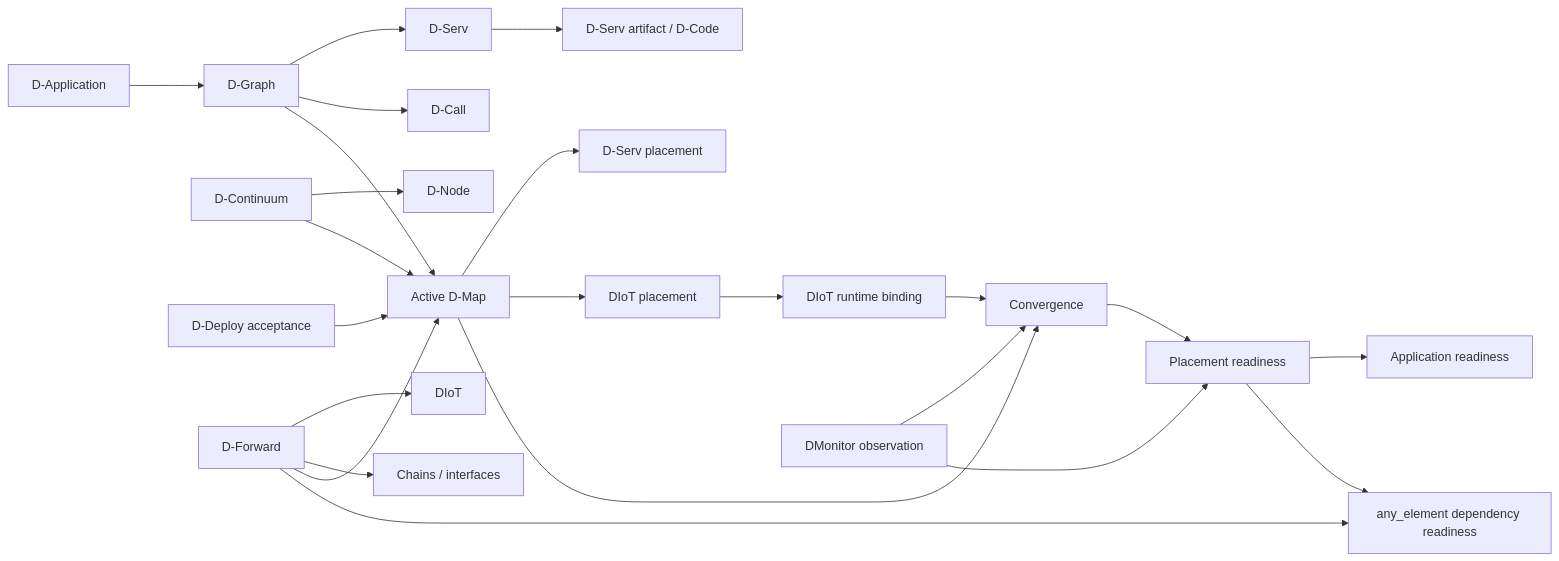
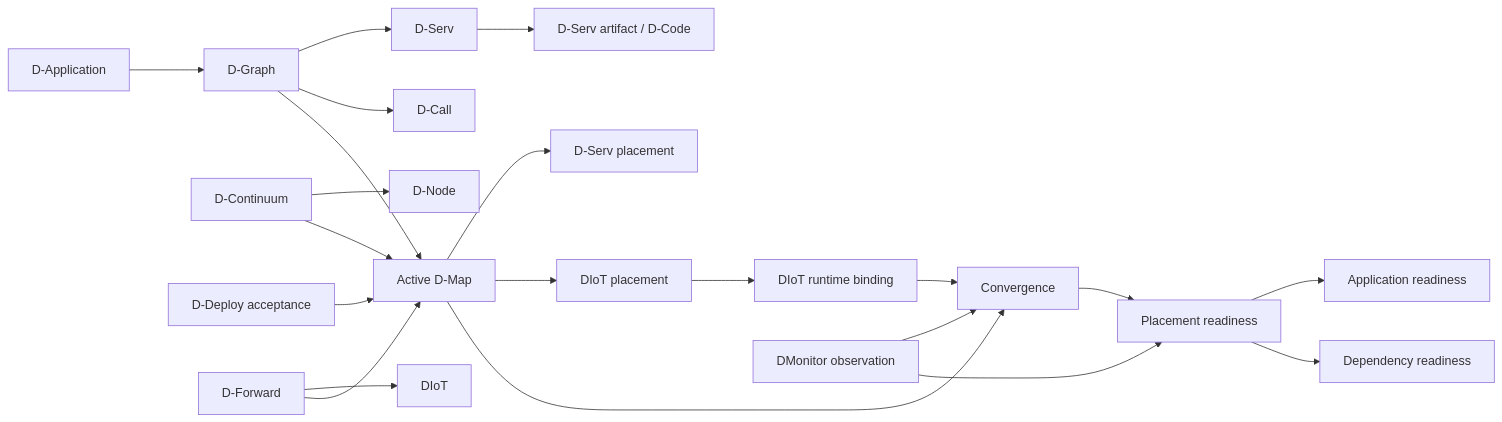
Before and after one commit to dnredson/datum-docs: the diagram in docs/concepts/entities.md, drawn with Mermaid. The commit also changed other lines of this file, not shown here.

````diff
--- a/docs/concepts/entities.md
+++ b/docs/concepts/entities.md
@@ -313,28 +222,23 @@
 ```mermaid
 flowchart LR
     APP["D-Application"] --> DG["D-Graph"]
     DG --> DS["D-Serv"]
     DG --> DC["D-Call"]
     DS --> DA["D-Serv artifact / D-Code"]
-
     CONT["D-Continuum"] --> DN["D-Node"]
     DEP["D-Deploy acceptance"] --> DM["Active D-Map"]
     DG --> DM
     CONT --> DM
     DM --> SP["D-Serv placement"]
-
     DF["D-Forward"] --> DI["DIoT"]
-    DF --> CH["Chains / interfaces"]
     DM --> DP["DIoT placement"]
     DF --> DM
     DP --> RB["DIoT runtime binding"]
-
     OBS["DMonitor observation"] --> CONV["Convergence"]
     DM --> CONV
     RB --> CONV
     CONV --> READY["Placement readiness"]
     OBS --> READY
     READY --> APPREADY["Application readiness"]
-    READY --> DEPREADY["any_element dependency readiness"]
-    DF --> DEPREADY
+    READY --> DEPREADY["Dependency readiness"]
 ```
````
